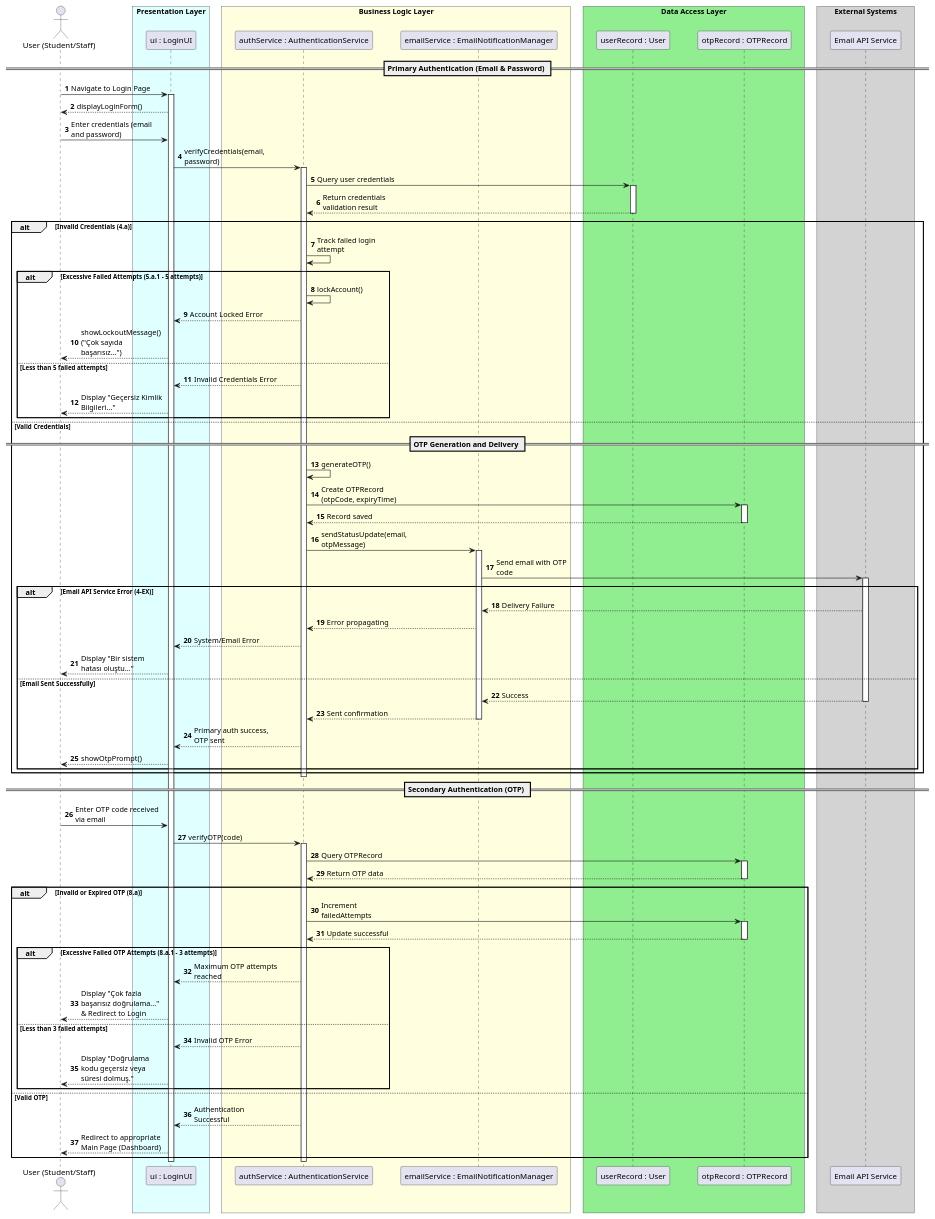
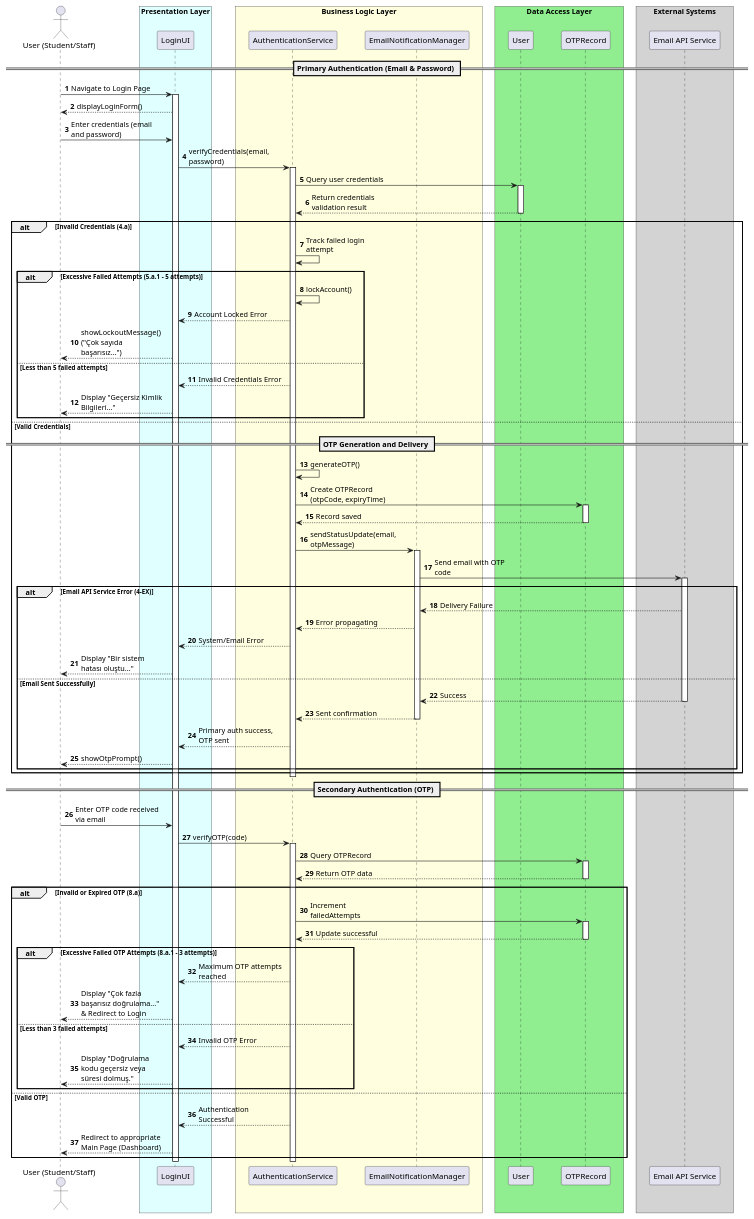
The diagram in docs/uml/uc-12.puml (UTMS-G02/utms), drawn with PlantUML before and after one commit. The commit also changed 6 other files, not shown here.

```diff
--- a/docs/uml/uc-12.puml
+++ b/docs/uml/uc-12.puml
@@ -1,117 +1,117 @@
 @startuml uc-12
 autonumber
 skinparam maxMessageSize 150
 skinparam ParticipantPadding 20
 skinparam BoxPadding 10
 
 actor "User (Student/Staff)" as User
 
 box "Presentation Layer" #LightCyan
-participant "ui : LoginUI" as UI
+participant "LoginUI" as UI
 end box
 
 box "Business Logic Layer" #LightYellow
-participant "authService : AuthenticationService" as AuthService
-participant "emailService : EmailNotificationManager" as EmailService
+participant "AuthenticationService" as AuthService
+participant "EmailNotificationManager" as EmailService
 end box
 
 box "Data Access Layer" #LightGreen
-participant "userRecord : User" as UserDB
-participant "otpRecord : OTPRecord" as OTPDB
+participant "User" as UserDB
+participant "OTPRecord" as OTPDB
 end box
 
 box "External Systems" #LightGray
 participant "Email API Service" as EmailAPI
 end box
 
 == Primary Authentication (Email & Password) ==
 User -> UI: Navigate to Login Page
 activate UI
 UI --> User: displayLoginForm()
 
 User -> UI: Enter credentials (email and password)
 UI -> AuthService: verifyCredentials(email, password)
 activate AuthService
 
 AuthService -> UserDB: Query user credentials
 activate UserDB
 UserDB --> AuthService: Return credentials validation result
 deactivate UserDB
 
 alt Invalid Credentials (4.a)
     AuthService -> AuthService: Track failed login attempt
     
     alt Excessive Failed Attempts (5.a.1 - 5 attempts)
         AuthService -> AuthService: lockAccount()
         AuthService --> UI: Account Locked Error
         UI --> User: showLockoutMessage() ("Çok sayıda başarısız...")
     else Less than 5 failed attempts
         AuthService --> UI: Invalid Credentials Error
         UI --> User: Display "Geçersiz Kimlik Bilgileri..."
     end
     
 else Valid Credentials
     == OTP Generation and Delivery ==
     AuthService -> AuthService: generateOTP()
     
     AuthService -> OTPDB: Create OTPRecord (otpCode, expiryTime)
     activate OTPDB
     OTPDB --> AuthService: Record saved
     deactivate OTPDB
     
     AuthService -> EmailService: sendStatusUpdate(email, otpMessage)
     activate EmailService
     
     EmailService -> EmailAPI: Send email with OTP code
     activate EmailAPI
     
     alt Email API Service Error (4-EX)
         EmailAPI --> EmailService: Delivery Failure
         EmailService --> AuthService: Error propagating
         AuthService --> UI: System/Email Error
         UI --> User: Display "Bir sistem hatası oluştu..."
     else Email Sent Successfully
         EmailAPI --> EmailService: Success
         deactivate EmailAPI
         EmailService --> AuthService: Sent confirmation
         deactivate EmailService
         
         AuthService --> UI: Primary auth success, OTP sent
         UI --> User: showOtpPrompt()
     end
 end
 deactivate AuthService
 
 == Secondary Authentication (OTP) ==
 User -> UI: Enter OTP code received via email
 UI -> AuthService: verifyOTP(code)
 activate AuthService
 
 AuthService -> OTPDB: Query OTPRecord
 activate OTPDB
 OTPDB --> AuthService: Return OTP data
 deactivate OTPDB
 
 alt Invalid or Expired OTP (8.a)
     AuthService -> OTPDB: Increment failedAttempts
     activate OTPDB
     OTPDB --> AuthService: Update successful
     deactivate OTPDB
     
     alt Excessive Failed OTP Attempts (8.a.1 - 3 attempts)
         AuthService --> UI: Maximum OTP attempts reached
         UI --> User: Display "Çok fazla başarısız doğrulama..." & Redirect to Login
     else Less than 3 failed attempts
         AuthService --> UI: Invalid OTP Error
         UI --> User: Display "Doğrulama kodu geçersiz veya süresi dolmuş."
     end
     
 else Valid OTP
     AuthService --> UI: Authentication Successful
     UI --> User: Redirect to appropriate Main Page (Dashboard)
 end
 
 deactivate AuthService
 deactivate UI
 
 @enduml
```
